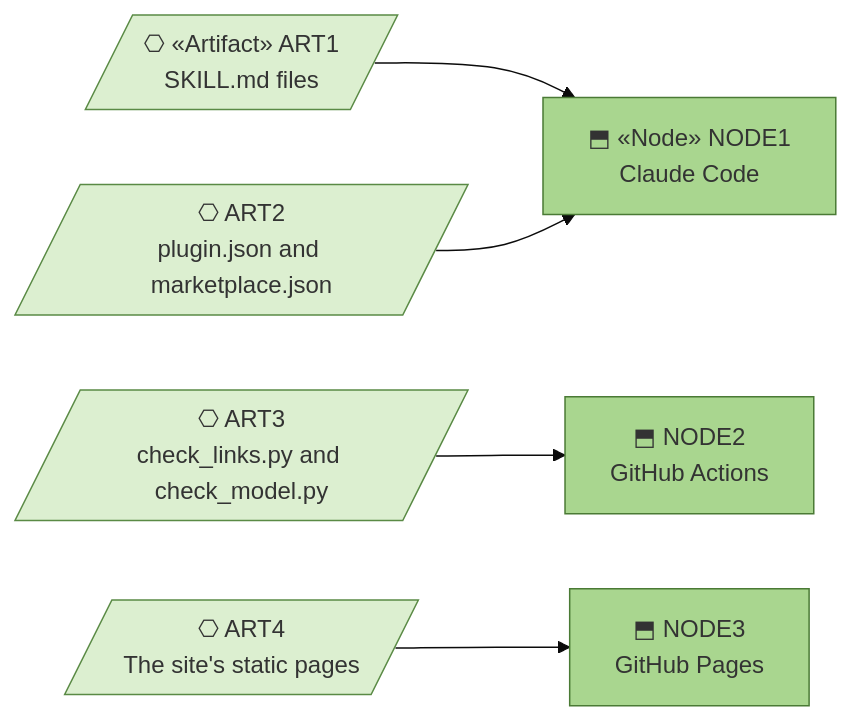
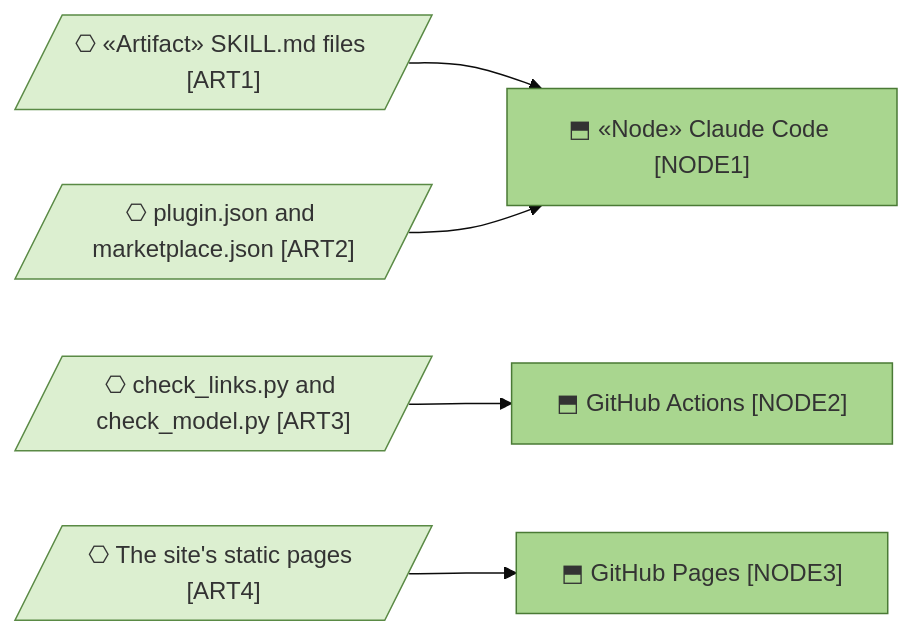
The third of 3 diagrams in product-archreator/architecture/5_technology/1_technology-services.md (roanboc/architecture-archreator), drawn with Mermaid (base theme) before and after one commit. The commit also changed other lines of this file and 38 other files, not shown here.

````diff
--- a/product-archreator/architecture/5_technology/1_technology-services.md
+++ b/product-archreator/architecture/5_technology/1_technology-services.md
@@ -81,19 +81,19 @@
 ```mermaid
 flowchart LR
-  art1[/"⎔ «Artifact» ART1<br>SKILL.md files"/]:::artifact
-  art2[/"⎔ ART2<br>plugin.json and marketplace.json"/]:::artifact
-  art3[/"⎔ ART3<br>check_links.py and check_model.py"/]:::artifact
-  art4[/"⎔ ART4<br>The site's static pages"/]:::artifact
+  art1[/"⎔ «Artifact» SKILL.md files [ART1]"/]:::artifact
+  art2[/"⎔ plugin.json and marketplace.json [ART2]"/]:::artifact
+  art3[/"⎔ check_links.py and check_model.py [ART3]"/]:::artifact
+  art4[/"⎔ The site's static pages [ART4]"/]:::artifact
 
-  node1["⬒ «Node» NODE1<br>Claude Code"]:::node
-  node2["⬒ NODE2<br>GitHub Actions"]:::node
-  node3["⬒ NODE3<br>GitHub Pages"]:::node
+  node1["⬒ «Node» Claude Code [NODE1]"]:::node
+  node2["⬒ GitHub Actions [NODE2]"]:::node
+  node3["⬒ GitHub Pages [NODE3]"]:::node
 
   art1 --> node1
   art2 --> node1
   art3 --> node2
   art4 --> node3
 
   classDef artifact fill:#dcefd0,stroke:#5a8a45,color:#333
   classDef node fill:#a9d68f,stroke:#4a7a35,color:#333
 ```
````
